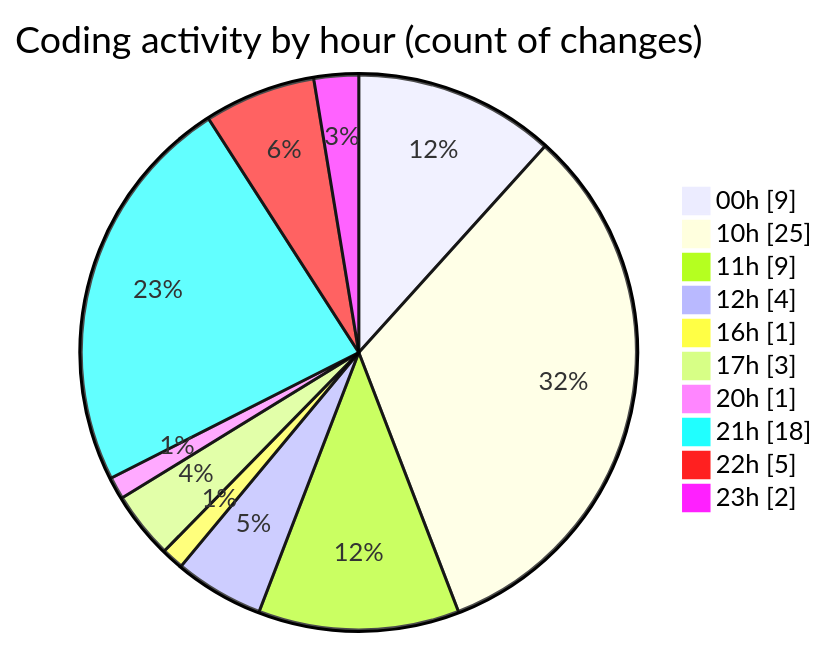
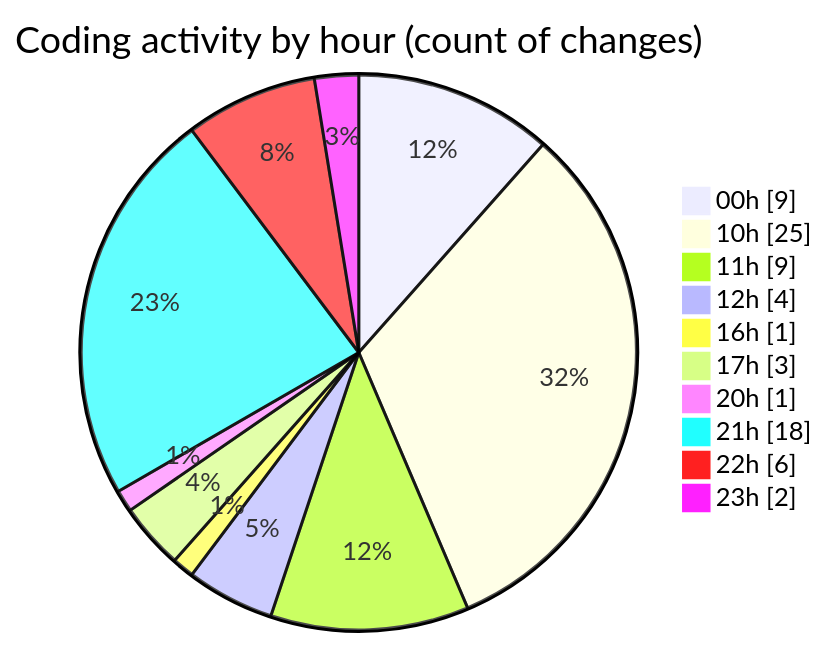
One commit to julien-gomy/code-tracking changed the second of 2 diagrams in 2025-11-15/cdp_aleoudev_fr__workspace_/README.md. Above: the diagram before and after it, drawn with Mermaid. The commit also changed other lines of this file and 1 other file, not shown here.

````diff
--- a/2025-11-15/cdp_aleoudev_fr__workspace_/README.md
+++ b/2025-11-15/cdp_aleoudev_fr__workspace_/README.md
@@ -40,14 +40,14 @@
 ```mermaid
 pie showData
 title Coding activity by hour (count of changes)
 "00h" : 9
 "10h" : 25
 "11h" : 9
 "12h" : 4
 "16h" : 1
 "17h" : 3
 "20h" : 1
 "21h" : 18
-"22h" : 5
+"22h" : 6
 "23h" : 2
 ```
````
